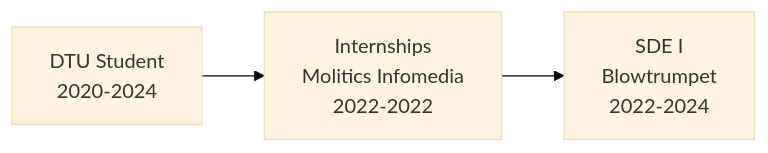
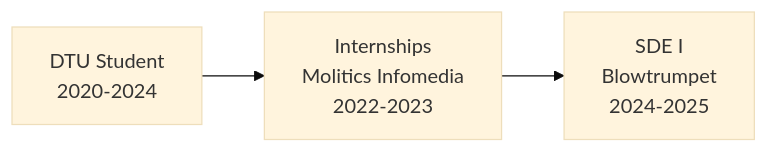
The diagram in README.md (gubbysbyte/gubbysbyte), drawn with Mermaid (base theme) before and after one commit.

Commit message:
Updated fr

````diff
--- a/README.md
+++ b/README.md
@@ -59,5 +59,5 @@
 ```mermaid
 graph LR
-    A[DTU Student<br/>2020-2024] --> B[Internships<br/>Molitics Infomedia<br/>2022-2022]
-    B --> C[SDE I<br/>Blowtrumpet<br/>2022-2024]
+    A[DTU Student<br/>2020-2024] --> B[Internships<br/>Molitics Infomedia<br/>2022-2023]
+    B --> C[SDE I<br/>Blowtrumpet<br/>2024-2025]
 ```
````
